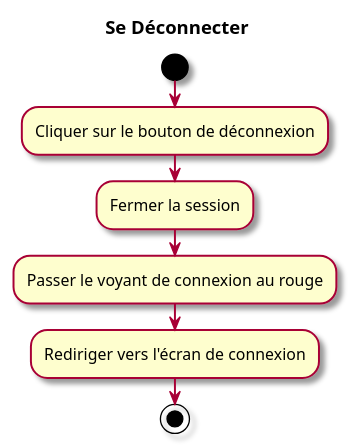
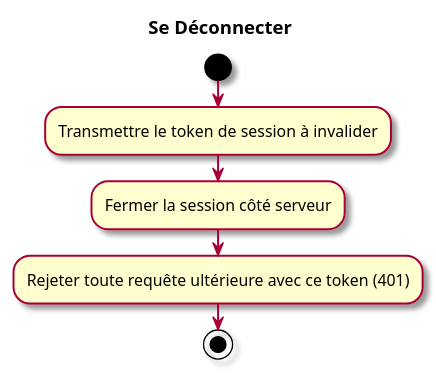
Before and after one commit to olivaux/myr: the second of 2 diagrams in specs/1-Expression/UCA-Compte_et_Acces/UCA03.md, drawn with PlantUML. The commit also changed other lines of this file and 65 other files, not shown here.

````diff
--- a/specs/1-Expression/UCA-Compte_et_Acces/UCA03.md
+++ b/specs/1-Expression/UCA-Compte_et_Acces/UCA03.md
@@ -54,12 +52,11 @@
 ```plantuml
 @startuml
 skin rose
 title Se Déconnecter
 start
-:Cliquer sur le bouton de déconnexion;
-:Fermer la session;
-:Passer le voyant de connexion au rouge;
-:Rediriger vers l'écran de connexion;
+:Transmettre le token de session à invalider;
+:Fermer la session côté serveur;
+:Rejeter toute requête ultérieure avec ce token (401);
 stop
 @enduml
 ```
````
